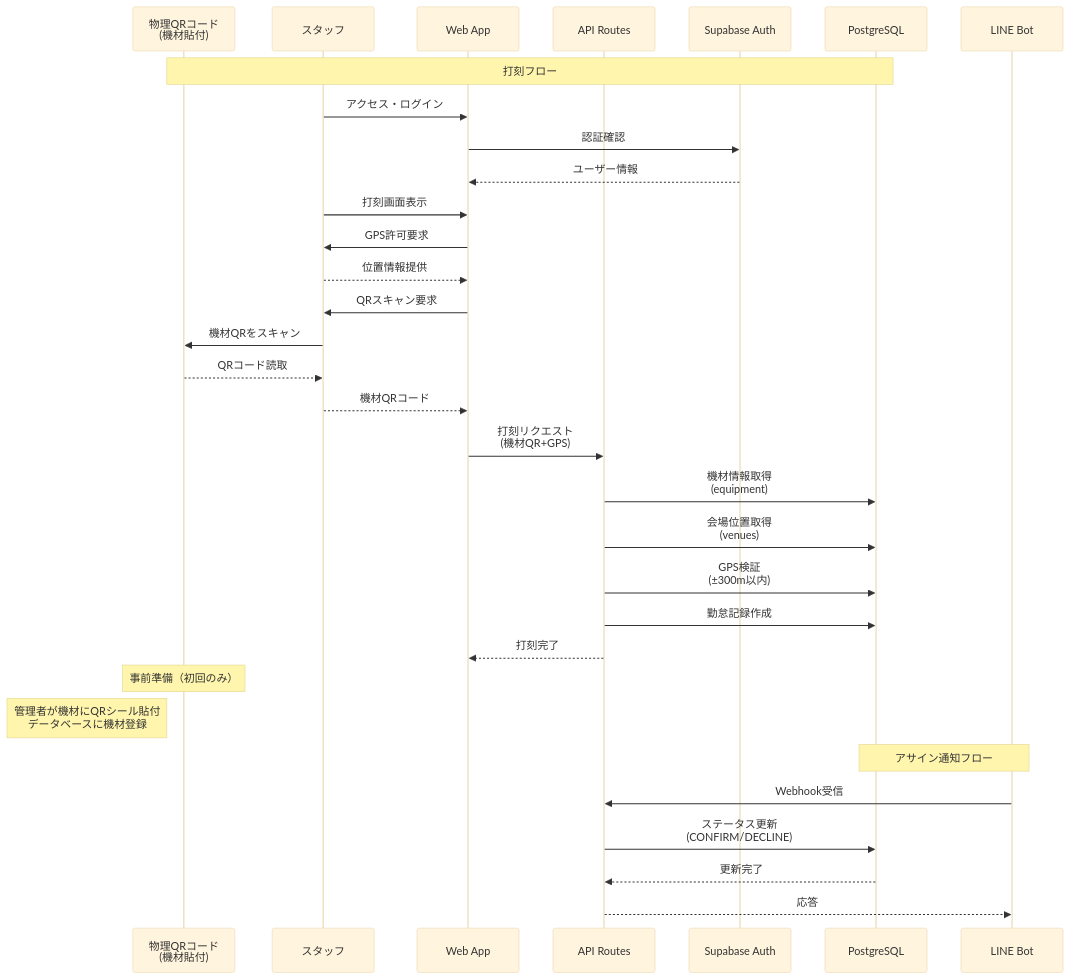
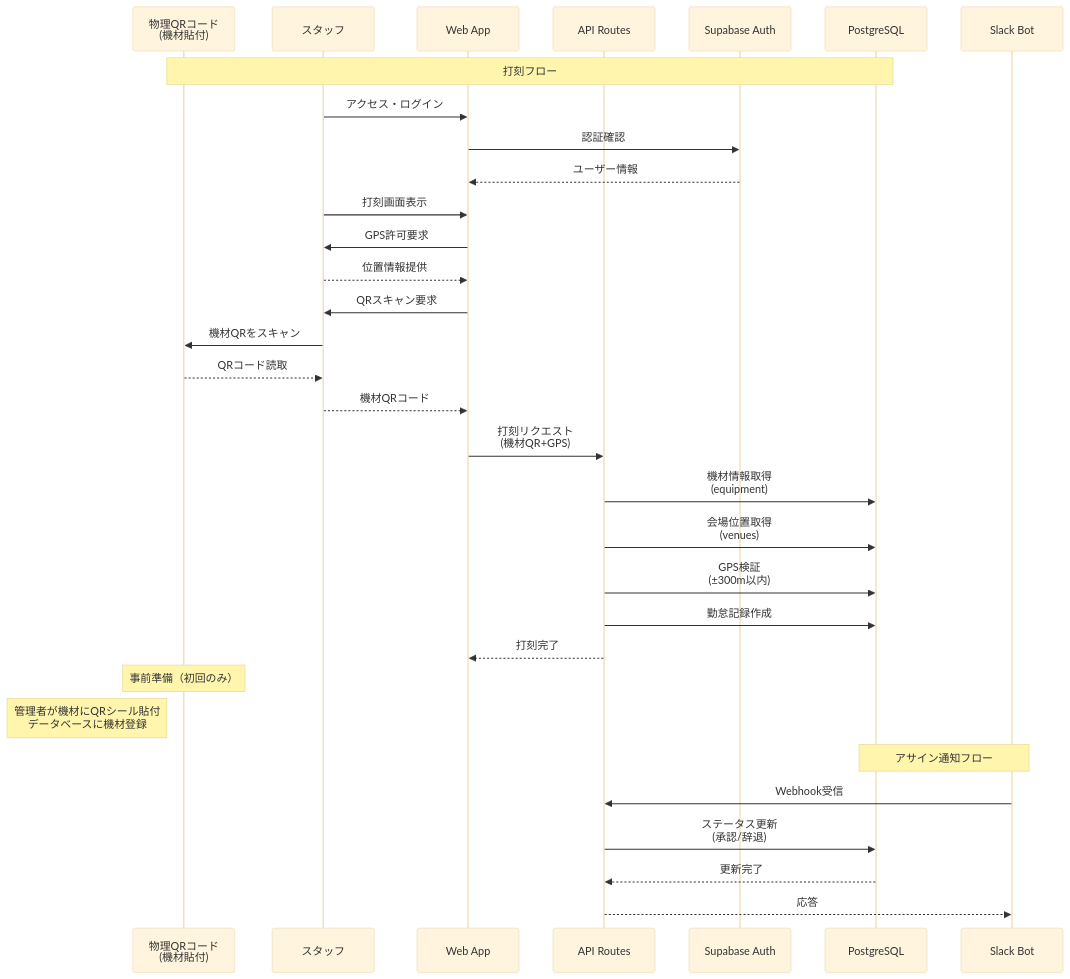
One commit to kimny1143/hkt-assign-attendance-template changed the second of 2 diagrams in ARCHITECTURE.md. Above: the diagram before and after it, drawn with Mermaid (base theme). The commit also changed other lines of this file and 2 other files, not shown here.

First line of the commit message:
Replace LINE with Slack integration

````diff
--- a/ARCHITECTURE.md
+++ b/ARCHITECTURE.md
@@ -105,40 +120,40 @@
 ```mermaid
 sequenceDiagram
     participant PQR as 物理QRコード<br/>(機材貼付)
     participant S as スタッフ
     participant W as Web App
     participant API as API Routes
     participant AUTH as Supabase Auth
     participant DB as PostgreSQL
-    participant LINE as LINE Bot
+    participant SLACK as Slack Bot
 
     Note over PQR,DB: 打刻フロー
     S->>W: アクセス・ログイン
     W->>AUTH: 認証確認
     AUTH-->>W: ユーザー情報
     
     S->>W: 打刻画面表示
     W->>S: GPS許可要求
     S-->>W: 位置情報提供
     
     W->>S: QRスキャン要求
     S->>PQR: 機材QRをスキャン
     PQR-->>S: QRコード読取
     S-->>W: 機材QRコード
     
     W->>API: 打刻リクエスト<br/>(機材QR+GPS)
     API->>DB: 機材情報取得<br/>(equipment)
     API->>DB: 会場位置取得<br/>(venues)
     API->>DB: GPS検証<br/>(±300m以内)
     API->>DB: 勤怠記録作成
     API-->>W: 打刻完了
     
     Note over PQR: 事前準備（初回のみ）
     Note left of PQR: 管理者が機材にQRシール貼付<br/>データベースに機材登録
 
-    Note over LINE,DB: アサイン通知フロー
-    LINE->>API: Webhook受信
-    API->>DB: ステータス更新<br/>(CONFIRM/DECLINE)
+    Note over SLACK,DB: アサイン通知フロー
+    SLACK->>API: Webhook受信
+    API->>DB: ステータス更新<br/>(承認/辞退)
     DB-->>API: 更新完了
-    API-->>LINE: 応答
+    API-->>SLACK: 応答
 ```
````
